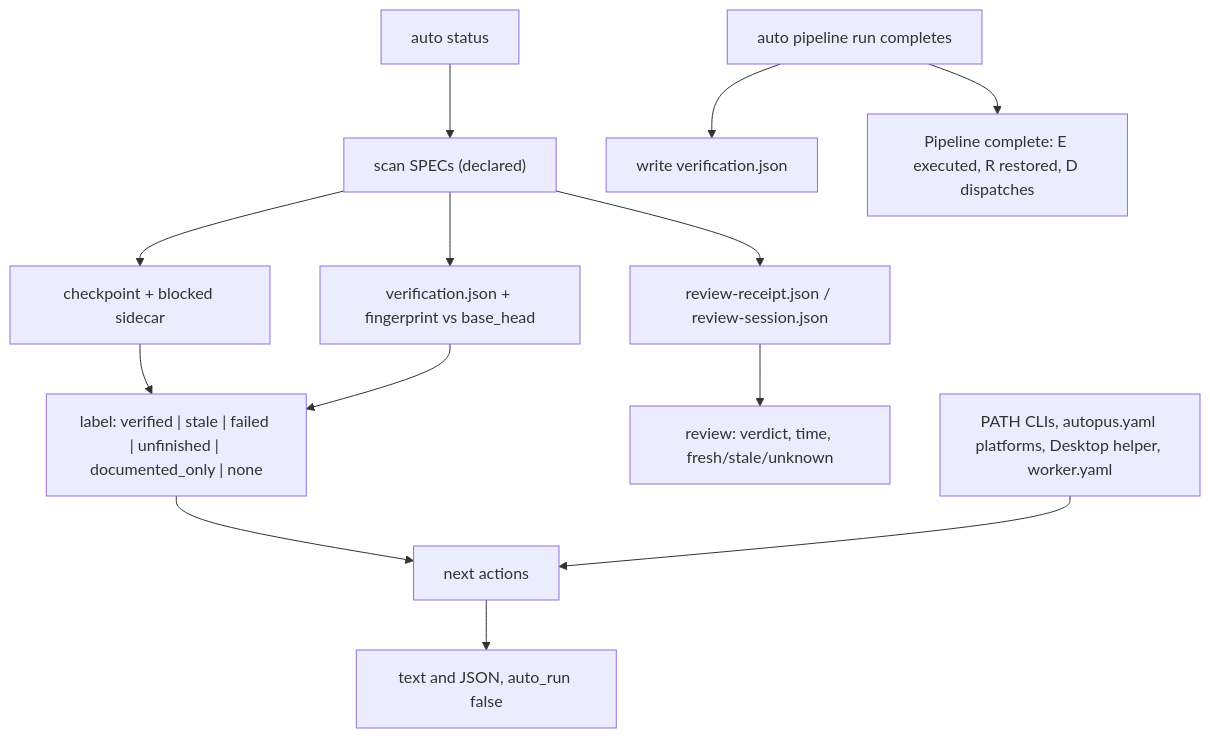
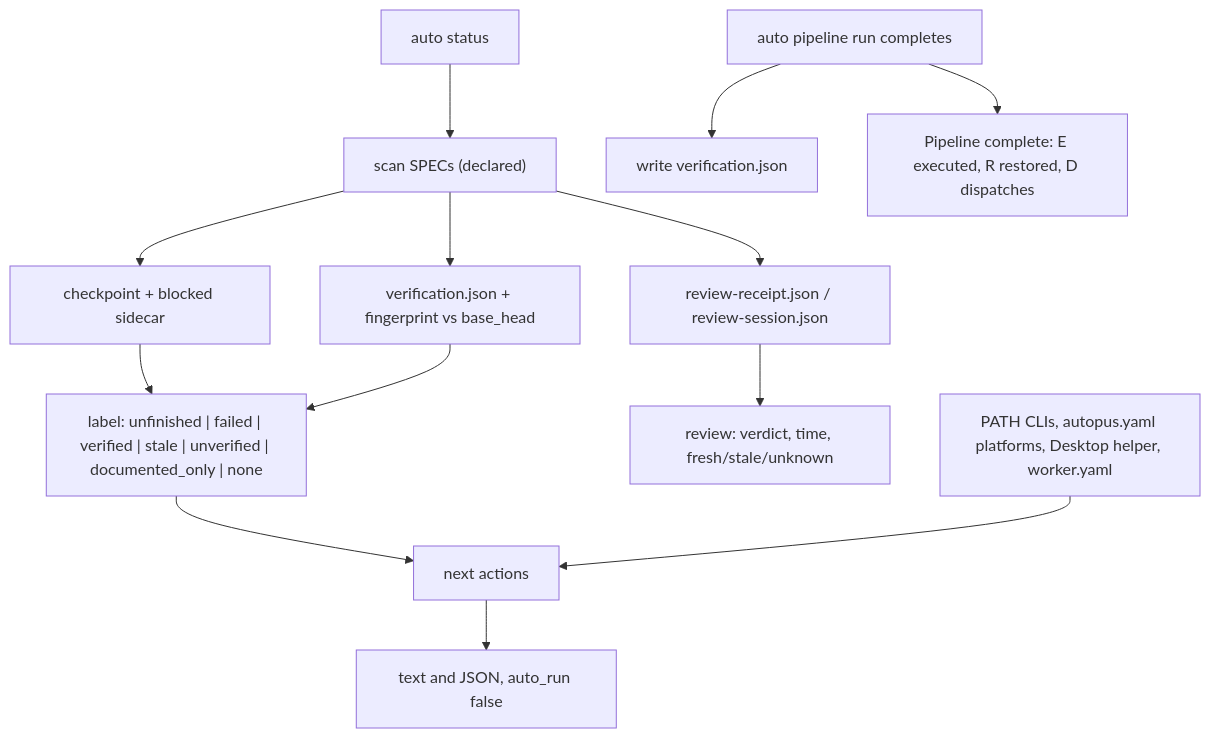
The diagram in .autopus/specs/SPEC-STATUSEVIDENCE-001/plan.md (autopus-ai/autopus-adk), drawn with Mermaid before and after one commit. The commit also changed other lines of this file and 3 other files, not shown here.

````diff
--- a/.autopus/specs/SPEC-STATUSEVIDENCE-001/plan.md
+++ b/.autopus/specs/SPEC-STATUSEVIDENCE-001/plan.md
@@ -21,15 +21,15 @@
 ```mermaid
 flowchart TD
     A["auto status"] --> B["scan SPECs (declared)"]
     B --> C["checkpoint + blocked sidecar"]
     B --> D["verification.json + fingerprint vs base_head"]
     B --> E["review-receipt.json / review-session.json"]
-    C --> F["label: verified | stale | failed | unfinished | documented_only | none"]
+    C --> F["label: unfinished | failed | verified | stale | unverified | documented_only | none"]
     D --> F
     E --> G["review: verdict, time, fresh/stale/unknown"]
     F --> H["next actions"]
     I["PATH CLIs, autopus.yaml platforms, Desktop helper, worker.yaml"] --> H
     H --> J["text and JSON, auto_run false"]
     K["auto pipeline run completes"] --> L["write verification.json"]
     K --> M["Pipeline complete: E executed, R restored, D dispatches"]
 ```
````
